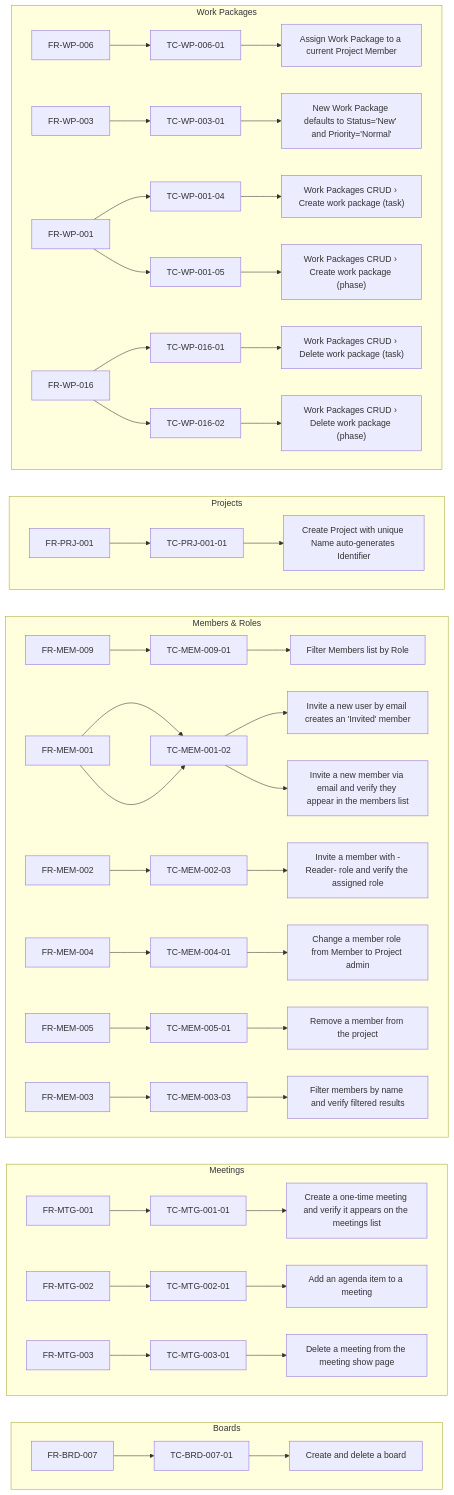
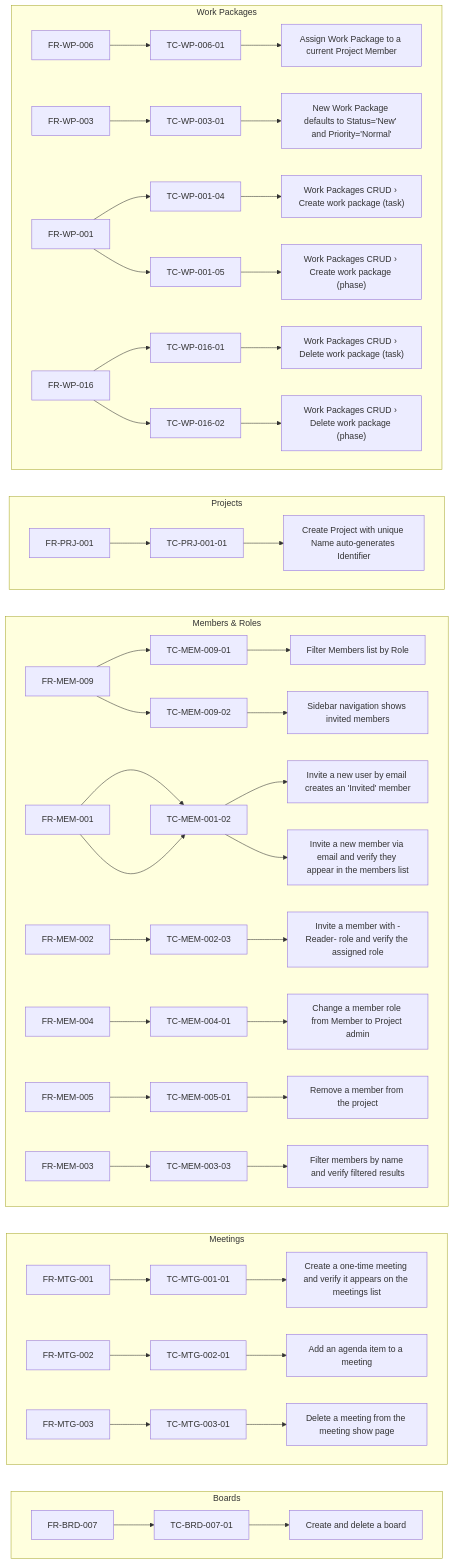
Before and after one commit to Top-Q/playwright-typescript: the fourth of 4 diagrams in specs/product/vault/Dashboard.md, drawn with Mermaid. The commit also changed other lines of this file and 6 other files, not shown here.

First line of the commit message:
test: Invited sidebar view shows only invited members (TC-MEM-009-02)

````diff
--- a/specs/product/vault/Dashboard.md
+++ b/specs/product/vault/Dashboard.md
@@ -66,37 +66,38 @@
 ```mermaid
 flowchart LR
     subgraph M_boards["Boards"]
         direction LR
         R_FR_BRD_007["FR-BRD-007"] --> C_TC_BRD_007_01["TC-BRD-007-01"] --> T_Create_and_delete_a_board["Create and delete a board"]
     end
     subgraph M_meetings["Meetings"]
         direction LR
         R_FR_MTG_001["FR-MTG-001"] --> C_TC_MTG_001_01["TC-MTG-001-01"] --> T_Create_a_one_time_meeting_and_verify_it_appears_on_the_meetings_list["Create a one-time meeting and verify it appears on the meetings list"]
         R_FR_MTG_002["FR-MTG-002"] --> C_TC_MTG_002_01["TC-MTG-002-01"] --> T_Add_an_agenda_item_to_a_meeting["Add an agenda item to a meeting"]
         R_FR_MTG_003["FR-MTG-003"] --> C_TC_MTG_003_01["TC-MTG-003-01"] --> T_Delete_a_meeting_from_the_meeting_show_page["Delete a meeting from the meeting show page"]
     end
     subgraph M_members_roles["Members & Roles"]
         direction LR
         R_FR_MEM_009["FR-MEM-009"] --> C_TC_MEM_009_01["TC-MEM-009-01"] --> T_Filter_Members_list_by_Role["Filter Members list by Role"]
         R_FR_MEM_001["FR-MEM-001"] --> C_TC_MEM_001_02["TC-MEM-001-02"] --> T_Invite_a_new_user_by_email_creates_an__Invited__member["Invite a new user by email creates an 'Invited' member"]
         R_FR_MEM_001["FR-MEM-001"] --> C_TC_MEM_001_02["TC-MEM-001-02"] --> T_Invite_a_new_member_via_email_and_verify_they_appear_in_the_members_list["Invite a new member via email and verify they appear in the members list"]
         R_FR_MEM_002["FR-MEM-002"] --> C_TC_MEM_002_03["TC-MEM-002-03"] --> T_Invite_a_member_with__Reader__role_and_verify_the_assigned_role["Invite a member with -Reader- role and verify the assigned role"]
         R_FR_MEM_004["FR-MEM-004"] --> C_TC_MEM_004_01["TC-MEM-004-01"] --> T_Change_a_member_role_from_Member_to_Project_admin["Change a member role from Member to Project admin"]
         R_FR_MEM_005["FR-MEM-005"] --> C_TC_MEM_005_01["TC-MEM-005-01"] --> T_Remove_a_member_from_the_project["Remove a member from the project"]
         R_FR_MEM_003["FR-MEM-003"] --> C_TC_MEM_003_03["TC-MEM-003-03"] --> T_Filter_members_by_name_and_verify_filtered_results["Filter members by name and verify filtered results"]
+        R_FR_MEM_009["FR-MEM-009"] --> C_TC_MEM_009_02["TC-MEM-009-02"] --> T_Sidebar_navigation_shows_invited_members["Sidebar navigation shows invited members"]
     end
     subgraph M_projects["Projects"]
         direction LR
         R_FR_PRJ_001["FR-PRJ-001"] --> C_TC_PRJ_001_01["TC-PRJ-001-01"] --> T_Create_Project_with_unique_Name_auto_generates_Identifier["Create Project with unique Name auto-generates Identifier"]
     end
     subgraph M_work_packages["Work Packages"]
         direction LR
         R_FR_WP_006["FR-WP-006"] --> C_TC_WP_006_01["TC-WP-006-01"] --> T_Assign_Work_Package_to_a_current_Project_Member["Assign Work Package to a current Project Member"]
         R_FR_WP_003["FR-WP-003"] --> C_TC_WP_003_01["TC-WP-003-01"] --> T_New_Work_Package_defaults_to_Status__New__and_Priority__Normal_["New Work Package defaults to Status='New' and Priority='Normal'"]
         R_FR_WP_001["FR-WP-001"] --> C_TC_WP_001_04["TC-WP-001-04"] --> T_Work_Packages_CRUD___Create_work_package__task_["Work Packages CRUD › Create work package (task)"]
         R_FR_WP_016["FR-WP-016"] --> C_TC_WP_016_01["TC-WP-016-01"] --> T_Work_Packages_CRUD___Delete_work_package__task_["Work Packages CRUD › Delete work package (task)"]
         R_FR_WP_001["FR-WP-001"] --> C_TC_WP_001_05["TC-WP-001-05"] --> T_Work_Packages_CRUD___Create_work_package__phase_["Work Packages CRUD › Create work package (phase)"]
         R_FR_WP_016["FR-WP-016"] --> C_TC_WP_016_02["TC-WP-016-02"] --> T_Work_Packages_CRUD___Delete_work_package__phase_["Work Packages CRUD › Delete work package (phase)"]
     end
-    class R_FR_BRD_007,C_TC_BRD_007_01,T_Create_and_delete_a_board,R_FR_MTG_001,C_TC_MTG_001_01,T_Create_a_one_time_meeting_and_verify_it_appears_on_the_meetings_list,R_FR_MTG_002,C_TC_MTG_002_01,T_Add_an_agenda_item_to_a_meeting,R_FR_MTG_003,C_TC_MTG_003_01,T_Delete_a_meeting_from_the_meeting_show_page,R_FR_MEM_009,C_TC_MEM_009_01,T_Filter_Members_list_by_Role,R_FR_MEM_001,C_TC_MEM_001_02,T_Invite_a_new_user_by_email_creates_an__Invited__member,T_Invite_a_new_member_via_email_and_verify_they_appear_in_the_members_list,R_FR_MEM_002,C_TC_MEM_002_03,T_Invite_a_member_with__Reader__role_and_verify_the_assigned_role,R_FR_MEM_004,C_TC_MEM_004_01,T_Change_a_member_role_from_Member_to_Project_admin,R_FR_MEM_005,C_TC_MEM_005_01,T_Remove_a_member_from_the_project,R_FR_MEM_003,C_TC_MEM_003_03,T_Filter_members_by_name_and_verify_filtered_results,R_FR_PRJ_001,C_TC_PRJ_001_01,T_Create_Project_with_unique_Name_auto_generates_Identifier,R_FR_WP_006,C_TC_WP_006_01,T_Assign_Work_Package_to_a_current_Project_Member,R_FR_WP_003,C_TC_WP_003_01,T_New_Work_Package_defaults_to_Status__New__and_Priority__Normal_,R_FR_WP_001,C_TC_WP_001_04,T_Work_Packages_CRUD___Create_work_package__task_,R_FR_WP_016,C_TC_WP_016_01,T_Work_Packages_CRUD___Delete_work_package__task_,C_TC_WP_001_05,T_Work_Packages_CRUD___Create_work_package__phase_,C_TC_WP_016_02,T_Work_Packages_CRUD___Delete_work_package__phase_ internal-link;
+    class R_FR_BRD_007,C_TC_BRD_007_01,T_Create_and_delete_a_board,R_FR_MTG_001,C_TC_MTG_001_01,T_Create_a_one_time_meeting_and_verify_it_appears_on_the_meetings_list,R_FR_MTG_002,C_TC_MTG_002_01,T_Add_an_agenda_item_to_a_meeting,R_FR_MTG_003,C_TC_MTG_003_01,T_Delete_a_meeting_from_the_meeting_show_page,R_FR_MEM_009,C_TC_MEM_009_01,T_Filter_Members_list_by_Role,R_FR_MEM_001,C_TC_MEM_001_02,T_Invite_a_new_user_by_email_creates_an__Invited__member,T_Invite_a_new_member_via_email_and_verify_they_appear_in_the_members_list,R_FR_MEM_002,C_TC_MEM_002_03,T_Invite_a_member_with__Reader__role_and_verify_the_assigned_role,R_FR_MEM_004,C_TC_MEM_004_01,T_Change_a_member_role_from_Member_to_Project_admin,R_FR_MEM_005,C_TC_MEM_005_01,T_Remove_a_member_from_the_project,R_FR_MEM_003,C_TC_MEM_003_03,T_Filter_members_by_name_and_verify_filtered_results,C_TC_MEM_009_02,T_Sidebar_navigation_shows_invited_members,R_FR_PRJ_001,C_TC_PRJ_001_01,T_Create_Project_with_unique_Name_auto_generates_Identifier,R_FR_WP_006,C_TC_WP_006_01,T_Assign_Work_Package_to_a_current_Project_Member,R_FR_WP_003,C_TC_WP_003_01,T_New_Work_Package_defaults_to_Status__New__and_Priority__Normal_,R_FR_WP_001,C_TC_WP_001_04,T_Work_Packages_CRUD___Create_work_package__task_,R_FR_WP_016,C_TC_WP_016_01,T_Work_Packages_CRUD___Delete_work_package__task_,C_TC_WP_001_05,T_Work_Packages_CRUD___Create_work_package__phase_,C_TC_WP_016_02,T_Work_Packages_CRUD___Delete_work_package__phase_ internal-link;
 ```
````
